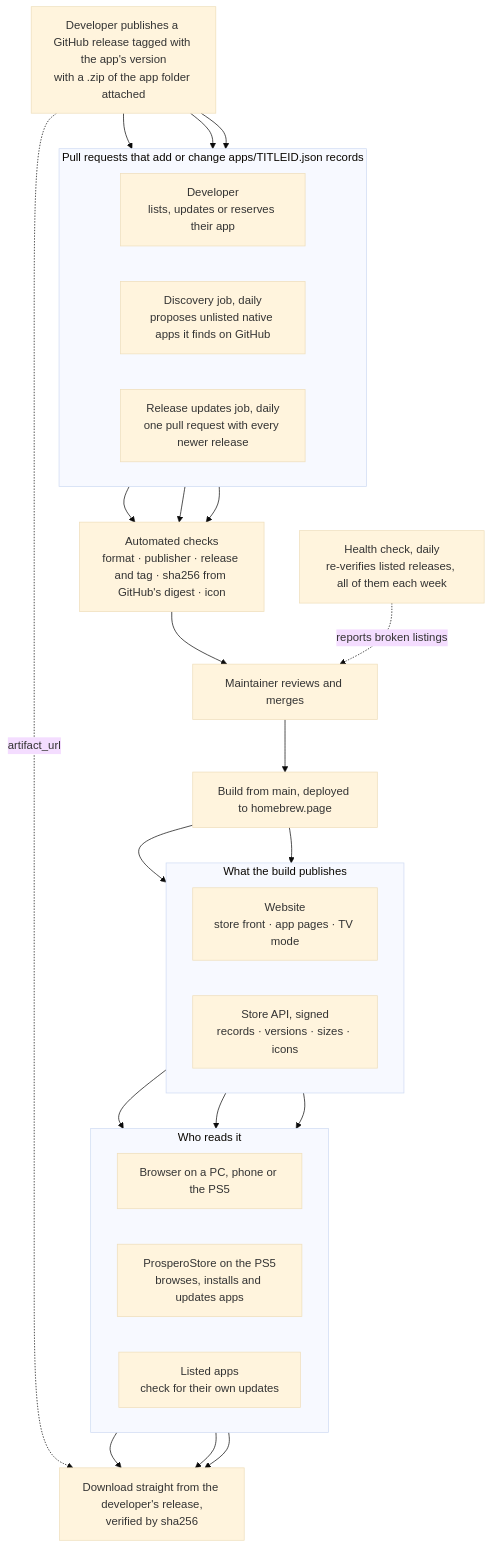
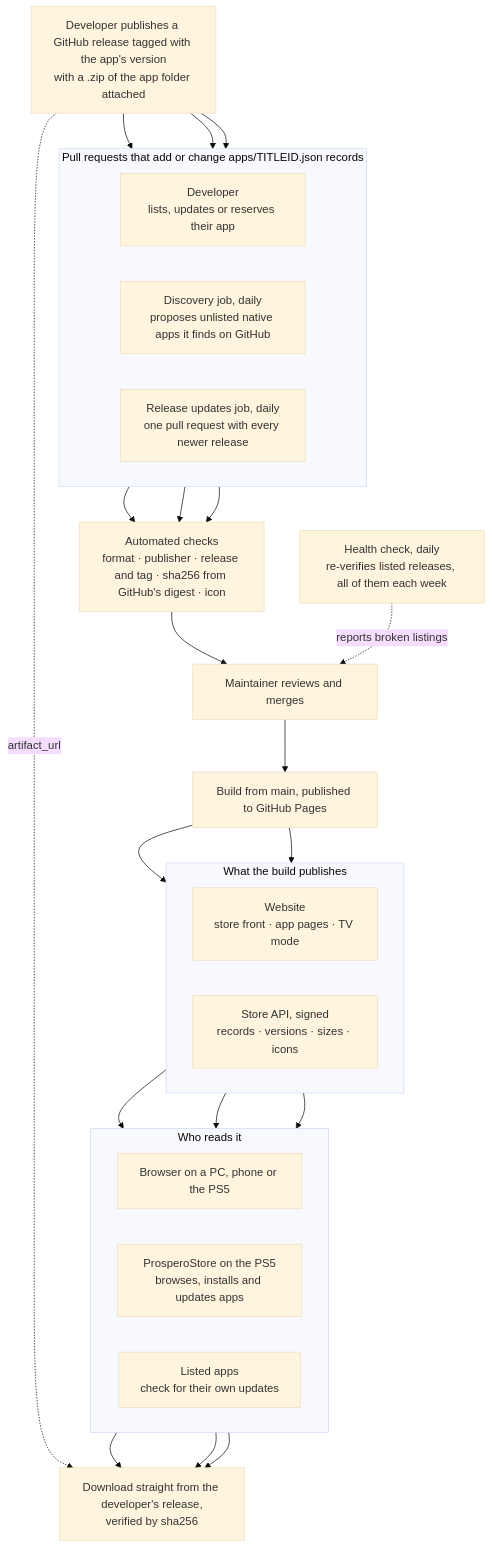
One commit to blackbearreloaded/ps5-homebrew-catalog changed the diagram in README.md. Above: the diagram before and after it, drawn with Mermaid (base theme). The commit also changed other lines of this file and 4 other files, not shown here.

Commit message:
The site names itself darkxex.github.io/ps5-homebrew-catalog; no more homebrew.page

````diff
--- a/README.md
+++ b/README.md
@@ -29,40 +29,40 @@
 ```mermaid
 flowchart TB
     release["Developer publishes a GitHub release tagged with the app's version<br/>with a .zip of the app folder attached"]
 
     subgraph prs["Pull requests that add or change apps/TITLEID.json records"]
         direction LR
         dev["Developer<br/>lists, updates or reserves their app"]
         discovery["Discovery job, daily<br/>proposes unlisted native apps it finds on GitHub"]
         updates["Release updates job, daily<br/>one pull request with every newer release"]
     end
 
     checks["Automated checks<br/>format · publisher · release and tag · sha256 from GitHub's digest · icon"]
     review["Maintainer reviews and merges"]
-    build["Build from main, deployed to homebrew.page"]
+    build["Build from main, published to GitHub Pages"]
 
     subgraph out["What the build publishes"]
         direction LR
         site["Website<br/>store front · app pages · TV mode"]
         api["Store API, signed<br/>records · versions · sizes · icons"]
     end
 
     subgraph readers["Who reads it"]
         direction LR
         browser["Browser on a PC, phone or the PS5"]
         store["ProsperoStore on the PS5<br/>browses, installs and updates apps"]
         apps["Listed apps<br/>check for their own updates"]
     end
 
     download["Download straight from the developer's release,<br/>verified by sha256"]
     health["Health check, daily<br/>re-verifies listed releases, all of them each week"]
 
     release --> dev & discovery & updates
     dev & discovery & updates --> checks
     checks --> review --> build --> site & api
     site --> browser
     api --> store & apps
     browser & store & apps --> download
     release -. artifact_url .-> download
     health -. reports broken listings .-> review
 ```
````
